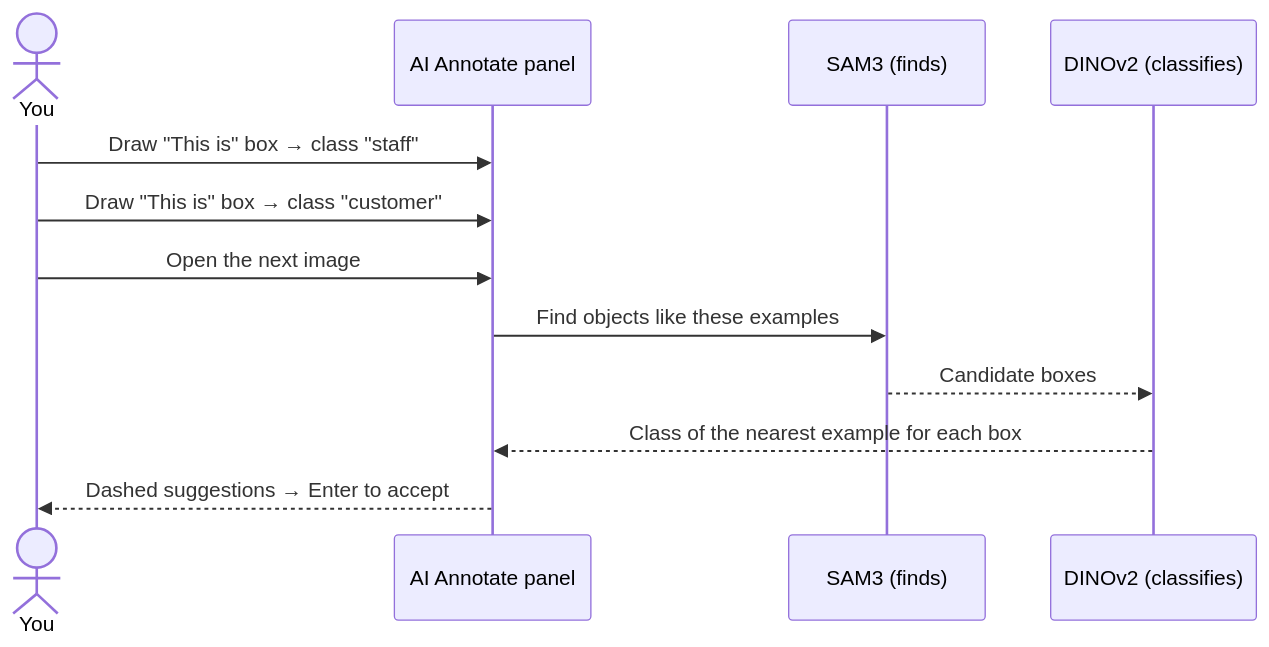
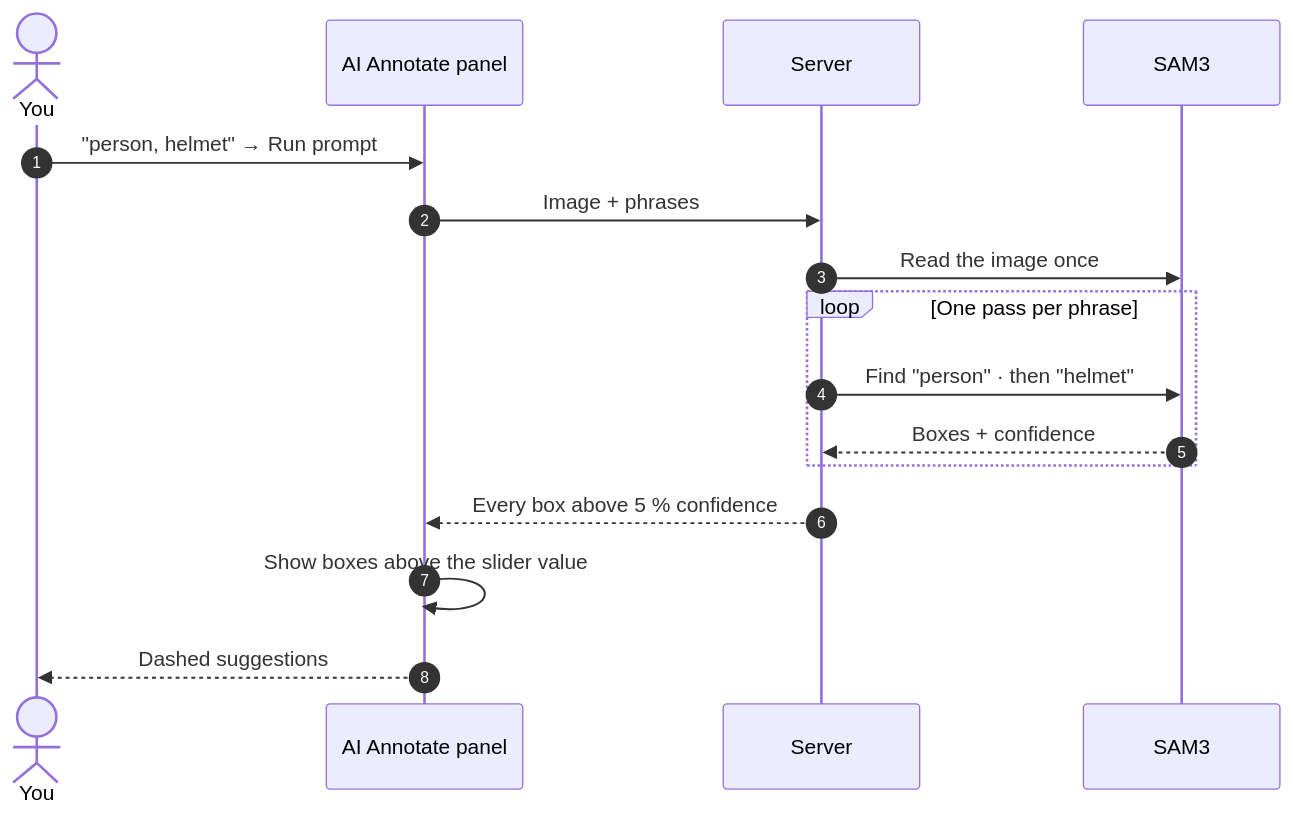
The fourth of 7 diagrams in docs/ai-labelling.md (ChandraMahesh24/Annomaster1), drawn with Mermaid before and after one commit. The commit also changed other lines of this file and 2 other files, not shown here.

Commit message:
Expand AI-assisted labelling guide with step-by-step diagrams

````diff
--- a/docs/ai-labelling.md
+++ b/docs/ai-labelling.md
@@ -57,15 +126,19 @@
 ```mermaid
 sequenceDiagram
+    autonumber
     actor You
     participant Panel as AI Annotate panel
-    participant SAM3 as SAM3 (finds)
-    participant DINO as DINOv2 (classifies)
+    participant Server
+    participant SAM3
 
-    You->>Panel: Draw "This is" box → class "staff"
-    You->>Panel: Draw "This is" box → class "customer"
-    You->>Panel: Open the next image
-    Panel->>SAM3: Find objects like these examples
-    SAM3-->>DINO: Candidate boxes
-    DINO-->>Panel: Class of the nearest example for each box
-    Panel-->>You: Dashed suggestions → Enter to accept
+    You->>Panel: "person, helmet" → Run prompt
+    Panel->>Server: Image + phrases
+    Server->>SAM3: Read the image once
+    loop One pass per phrase
+        Server->>SAM3: Find "person" · then "helmet"
+        SAM3-->>Server: Boxes + confidence
+    end
+    Server-->>Panel: Every box above 5 % confidence
+    Panel->>Panel: Show boxes above the slider value
+    Panel-->>You: Dashed suggestions
 ```
````
